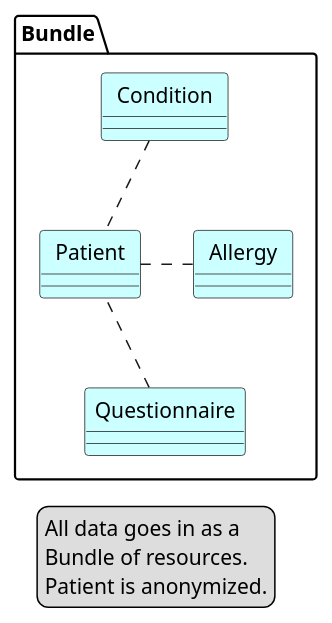
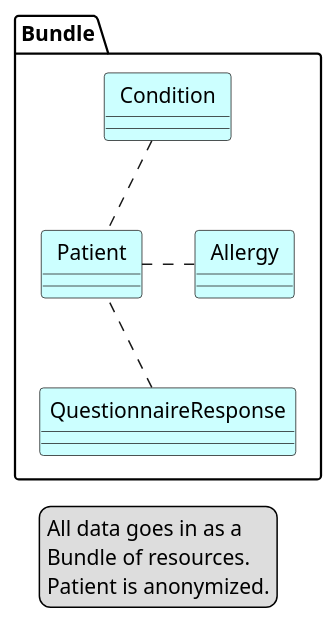
One commit to hl7-be/pss changed the diagram in input/images-source/getDiagnoses-request.plantuml. Above: the diagram before and after it, drawn with PlantUML. The commit also changed 1 other file, not shown here.

Commit message:
fix diagrams

```diff
--- a/input/images-source/getDiagnoses-request.plantuml
+++ b/input/images-source/getDiagnoses-request.plantuml
@@ -1,27 +1,27 @@
 @startuml
 skinparam linetype polyline
 hide circle
 hide stereotype
 
 package "Bundle"  {
   class "  Condition  " as RG #cff{  }
 
   class "  Patient  " as P #cff{  }
 P .u. RG 
 P .r. T 
 P .u. CD 
   class "  Allergy  " as T #cff{
   }
 RG -[hidden]- T 
-  class " Questionnaire " as CD #cff{
+  class " QuestionnaireResponse " as CD #cff{
   }
 T -[hidden]- CD
 }
 
 legend
 All data goes in as a
 Bundle of resources.
 Patient is anonymized.
 endlegend
 
 @enduml
```
